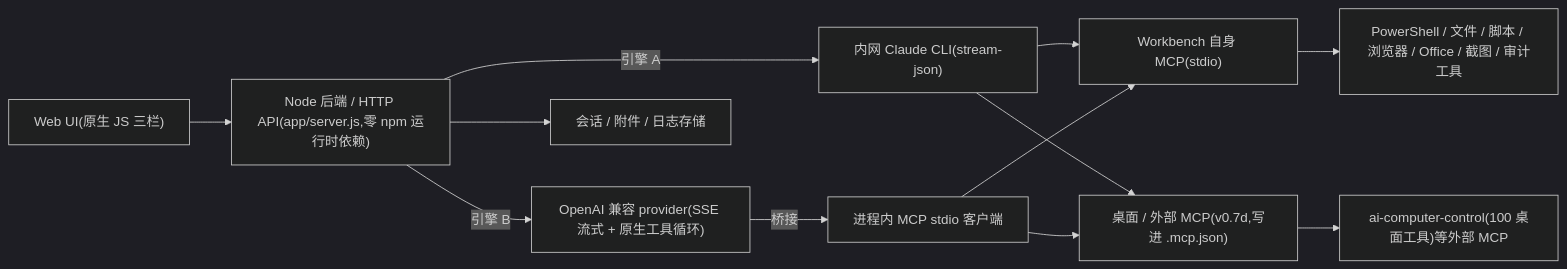
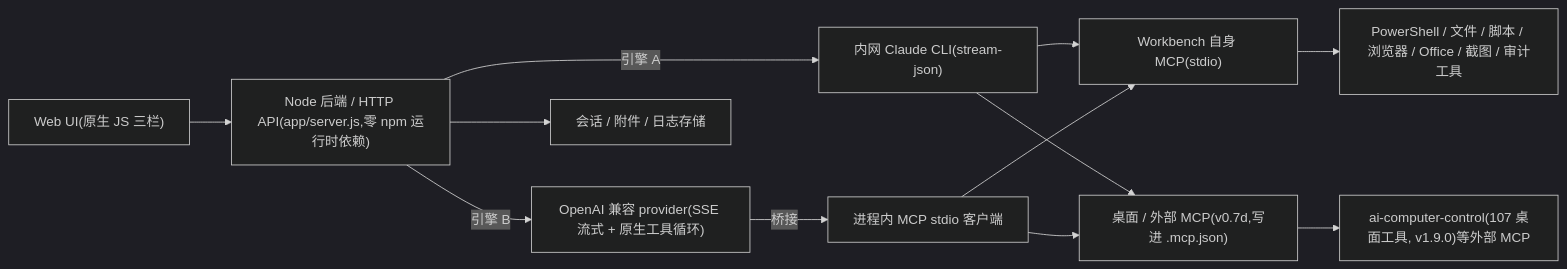
The diagram in ruyi-workbench/docs/ARCHITECTURE_CN.md (wangzhe04/ruyi-workbench-oss), drawn with Mermaid (dark theme) before and after one commit. The commit also changed other lines of this file and 20 other files, not shown here.

````diff
--- a/ruyi-workbench/docs/ARCHITECTURE_CN.md
+++ b/ruyi-workbench/docs/ARCHITECTURE_CN.md
@@ -9,14 +9,14 @@
 ```mermaid
 flowchart LR
   UI["Web UI(原生 JS 三栏)"] --> API["Node 后端 / HTTP API(app/server.js,零 npm 运行时依赖)"]
   API -->|引擎 A| CLI["内网 Claude CLI(stream-json)"]
   API -->|引擎 B| PROV["OpenAI 兼容 provider(SSE 流式 + 原生工具循环)"]
   API --> FS["会话 / 附件 / 日志存储"]
   CLI --> MCPself["Workbench 自身 MCP(stdio)"]
   CLI --> MCPext["桌面 / 外部 MCP(v0.7d,写进 .mcp.json)"]
   PROV -->|桥接| BRIDGE["进程内 MCP stdio 客户端"]
   BRIDGE --> MCPself
   BRIDGE --> MCPext
   MCPself --> Tools["PowerShell / 文件 / 脚本 / 浏览器 / Office / 截图 / 审计工具"]
-  MCPext --> ACC["ai-computer-control(100 桌面工具)等外部 MCP"]
+  MCPext --> ACC["ai-computer-control(107 桌面工具, v1.9.0)等外部 MCP"]
 ```
````
